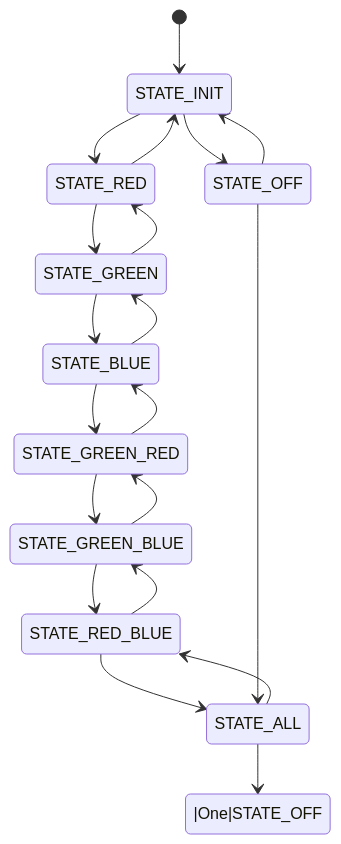
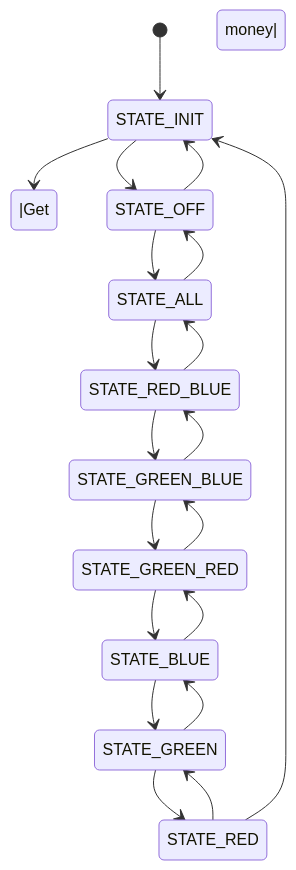
Before and after one commit to AngelMzno/iodraw-files: the diagram in all/Mapa de Estado.md, drawn with Mermaid.

Commit message:
2024-09-03 19:50:50 update

````diff
--- a/all/Mapa de Estado.md
+++ b/all/Mapa de Estado.md
@@ -1,28 +1,28 @@
 ```mermaid
 stateDiagram-v2
 [*]-->STATE_INIT
-STATE_INIT --> STATE_RED
+STATE_INIT --> |Get money| STATE_RED
 STATE_RED --> STATE_GREEN
 STATE_GREEN-->STATE_BLUE
 STATE_BLUE -->STATE_GREEN_RED
 STATE_GREEN_RED -->STATE_GREEN_BLUE
 STATE_GREEN_BLUE-->STATE_RED_BLUE
 STATE_RED_BLUE-->STATE_ALL
-STATE_ALL-->|One|STATE_OFF
+STATE_ALL-->STATE_OFF
 STATE_OFF-->STATE_INIT
 
 
 STATE_INIT --> STATE_OFF
 STATE_RED --> STATE_INIT
 STATE_GREEN-->STATE_RED
 STATE_BLUE -->STATE_GREEN
 STATE_GREEN_RED -->STATE_BLUE
 STATE_GREEN_BLUE-->STATE_GREEN_RED
 STATE_RED_BLUE-->STATE_GREEN_BLUE
 STATE_ALL-->STATE_RED_BLUE
 STATE_OFF-->STATE_ALL
 
 
 
 
 ```
````
